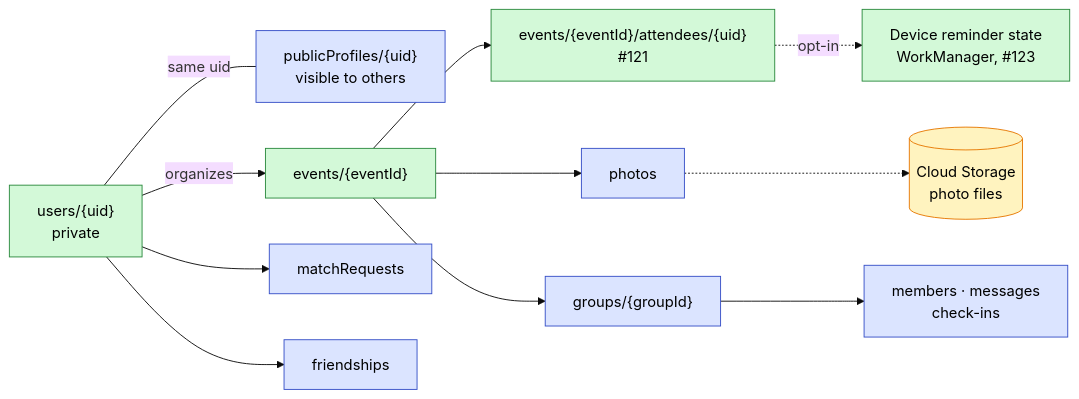
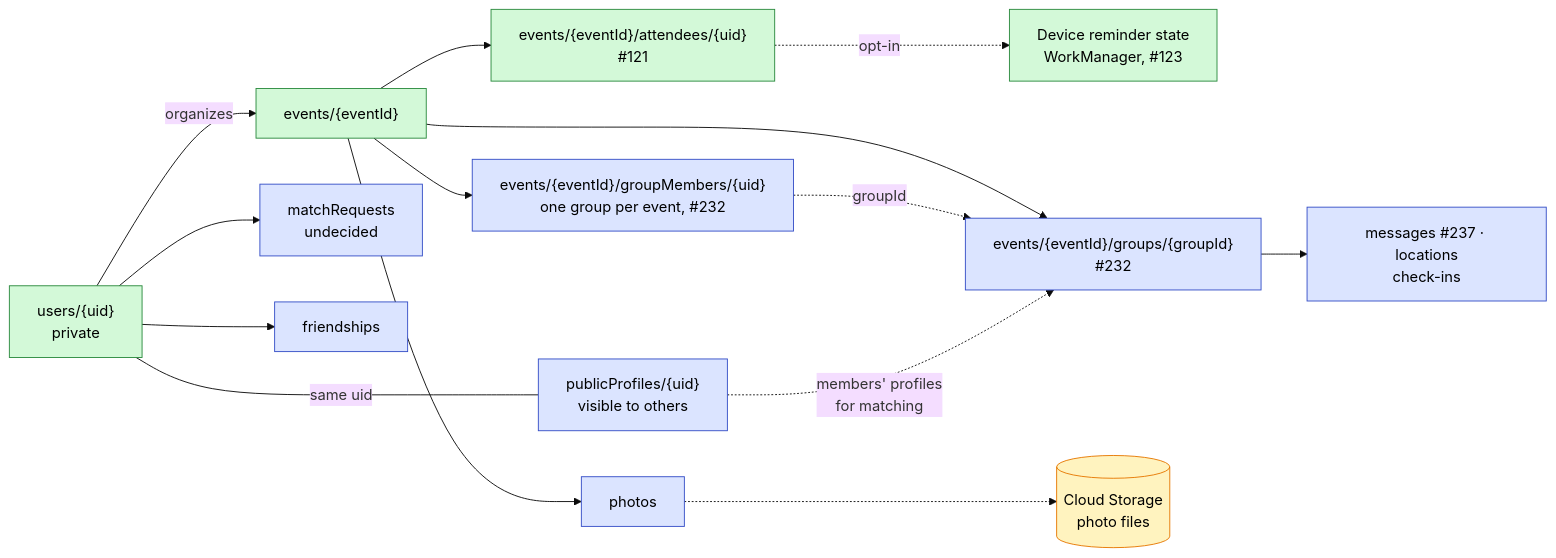
Diagram 12 of 12 in docs/Architecture-Diagram.md (swent-polysocial/PolySocial), drawn with Mermaid (base theme) before and after one commit. The commit also changed other lines of this file and 2 other files, not shown here.

First line of the commit message:
docs: record the groups data model

````diff
--- a/docs/Architecture-Diagram.md
+++ b/docs/Architecture-Diagram.md
@@ -347,29 +381,33 @@
 ```mermaid
 flowchart LR
   classDef s1 fill:#d3f9d8,stroke:#2b8a3e,color:#000
   classDef pb fill:#dbe4ff,stroke:#364fc7,color:#000
   classDef ext fill:#fff3bf,stroke:#e67700,color:#000
 
   users["users/{uid}<br/>private"]:::s1
   pub["publicProfiles/{uid}<br/>visible to others"]:::pb
   events["events/{eventId}"]:::s1
   reg["events/{eventId}/attendees/{uid}<br/>#121"]:::s1
   reminders["Device reminder state<br/>WorkManager, #123"]:::s1
   photos["photos"]:::pb
-  groups["groups/{groupId}"]:::pb
-  sub["members · messages<br/>check-ins"]:::pb
-  mreq["matchRequests"]:::pb
+  groups["events/{eventId}/groups/{groupId}<br/>#232"]:::pb
+  marker["events/{eventId}/groupMembers/{uid}<br/>one group per event, #232"]:::pb
+  sub["messages #237 · locations<br/>check-ins"]:::pb
+  mreq["matchRequests<br/>undecided"]:::pb
   friends["friendships"]:::pb
   storage[("Cloud Storage<br/>photo files")]:::ext
 
   users --- |"same uid"| pub
   users -->|"organizes"| events
   events --> reg
   reg -. opt-in .-> reminders
   events --> photos
   photos -.-> storage
   events --> groups
+  events --> marker
+  marker -. "groupId" .-> groups
   groups --> sub
+  pub -. "members' profiles<br/>for matching" .-> groups
   users --> mreq
   users --> friends
 ```
````
